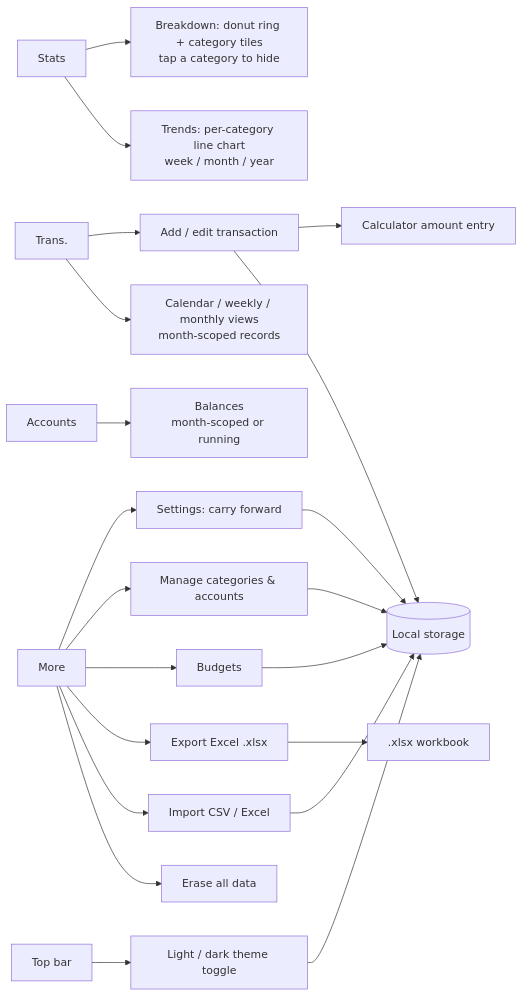
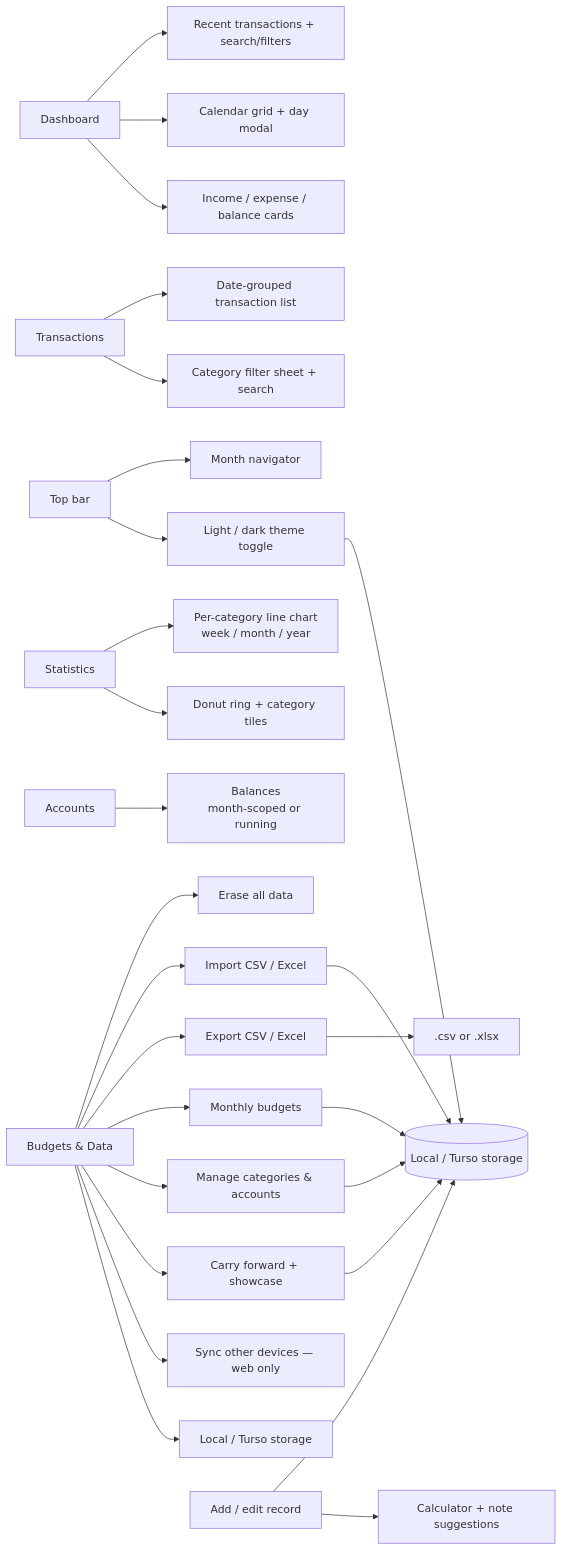
One commit to dushyant97/money-sheets changed the second of 6 diagrams in README.md. Above: the diagram before and after it, drawn with Mermaid. The commit also changed other lines of this file and 8 other files, not shown here.

````diff
--- a/README.md
+++ b/README.md
@@ -199,24 +208,30 @@
 ```mermaid
 flowchart LR
   Top[Top bar] --> Theme[Light / dark theme toggle]
-  T[Trans.] --> Add[Add / edit transaction]
-  Add --> Calc[Calculator amount entry]
-  T --> Calendar[Calendar / weekly / monthly views<br/>month-scoped records]
-  S[Stats] --> Breakdown[Breakdown: donut ring + category tiles<br/>tap a category to hide]
-  S --> Trends[Trends: per-category line chart<br/>week / month / year]
+  Top --> Month[Month navigator]
+  D[Dashboard] --> KPIs[Income / expense / balance cards]
+  D --> Calendar[Calendar grid + day modal]
+  D --> Recent[Recent transactions + search/filters]
+  Tx[Transactions] --> CatFilter[Category filter sheet + search]
+  Tx --> Groups[Date-grouped transaction list]
+  S[Statistics] --> Breakdown[Donut ring + category tiles]
+  S --> Trends[Per-category line chart<br/>week / month / year]
   A[Accounts] --> Balances[Balances<br/>month-scoped or running]
-  M[More] --> Settings[Settings: carry forward]
+  M[Budgets & Data] --> Storage[Local / Turso storage]
+  M --> Sync[Sync other devices — web only]
+  M --> Settings[Carry forward + showcase]
   M --> Manage[Manage categories & accounts]
-  M --> Budgets[Budgets]
-  M --> Export[Export Excel .xlsx]
+  M --> Budgets[Monthly budgets]
+  M --> Export[Export CSV / Excel]
   M --> Import[Import CSV / Excel]
   M --> Erase[Erase all data]
 
-  Add --> Store[(Local storage)]
+  Add[Add / edit record] --> Calc[Calculator + note suggestions]
+  Add --> Store[(Local / Turso storage)]
   Manage --> Store
   Settings --> Store
   Budgets --> Store
   Theme --> Store
-  Export --> File[.xlsx workbook]
+  Export --> File[.csv or .xlsx]
   Import --> Store
 ```
````
